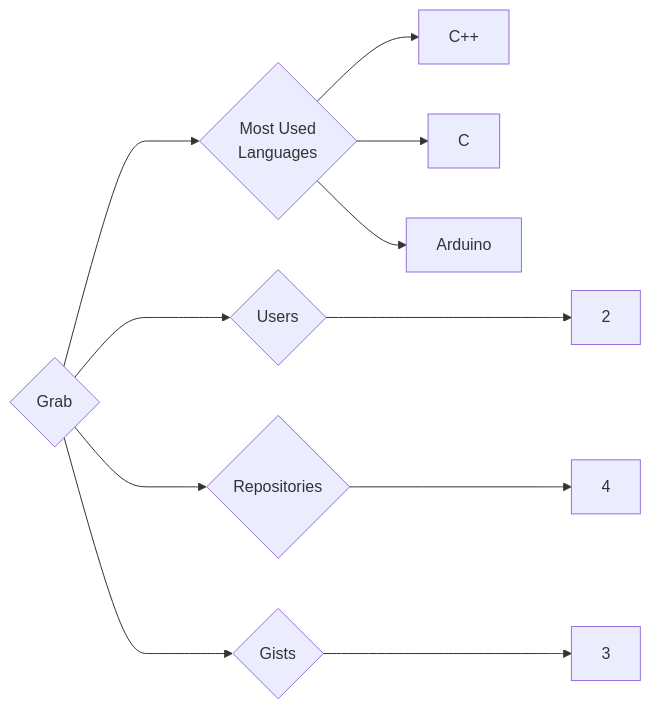
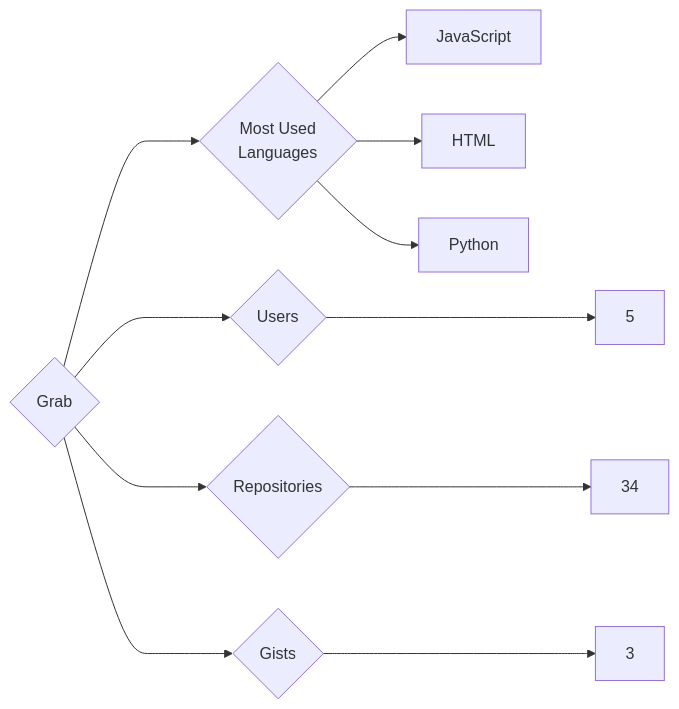
Before and after one commit to trickest/insiders: the diagram in targets/Grab/README.md, drawn with Mermaid. The commit also changed 998 other files, not shown here.

````diff
--- a/targets/Grab/README.md
+++ b/targets/Grab/README.md
@@ -3,11 +3,11 @@
 ```mermaid
 graph LR
 COMPANY_NAME{Grab}
-COMPANY_NAME ---> U{Users} ---> UN[2]
-COMPANY_NAME ---> R{Repositories} ---> RN[4]
+COMPANY_NAME ---> U{Users} ---> UN[5]
+COMPANY_NAME ---> R{Repositories} ---> RN[34]
 COMPANY_NAME ---> G{Gists} ---> GN[3]
 COMPANY_NAME ---> ML{Most Used<br>Languages}
-ML --> C++[C++]
-ML --> C[C]
-ML --> Arduino[Arduino]
+ML --> JavaScript[JavaScript]
+ML --> HTML[HTML]
+ML --> Python[Python]
 ```
````
